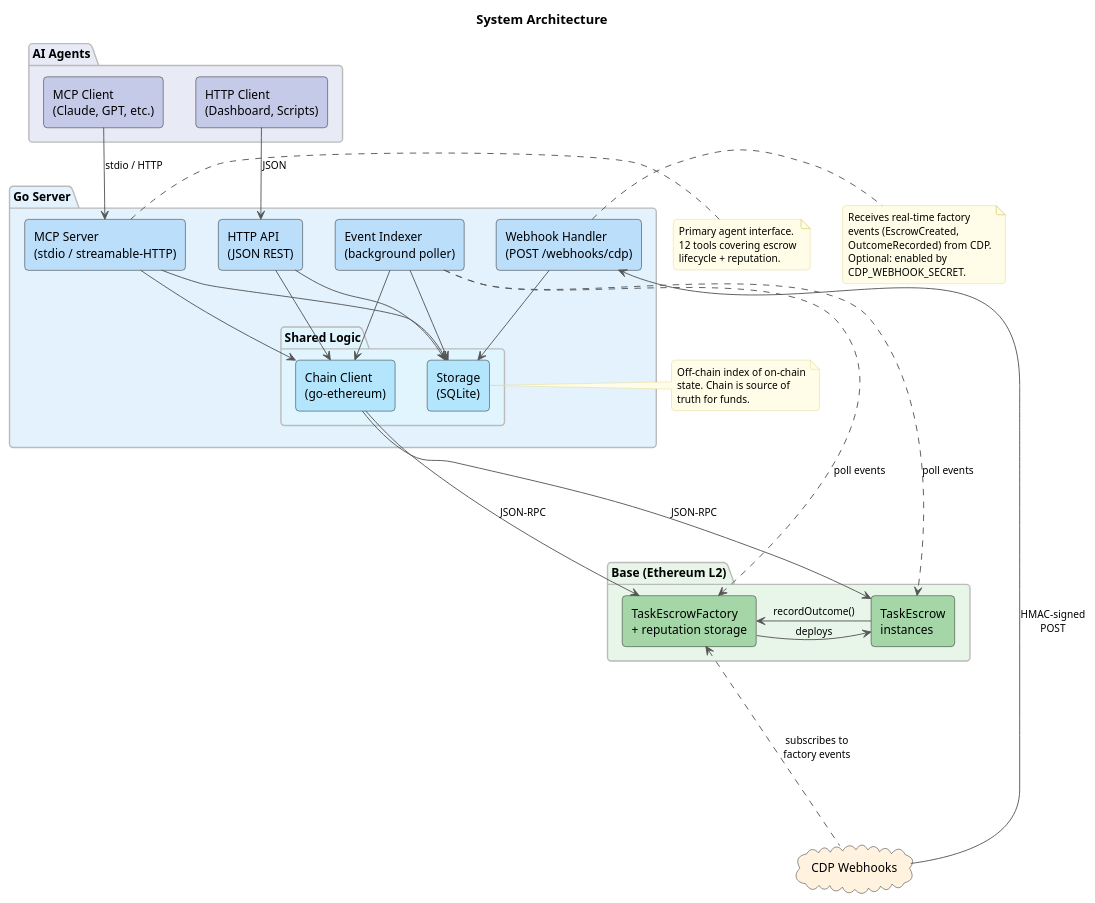
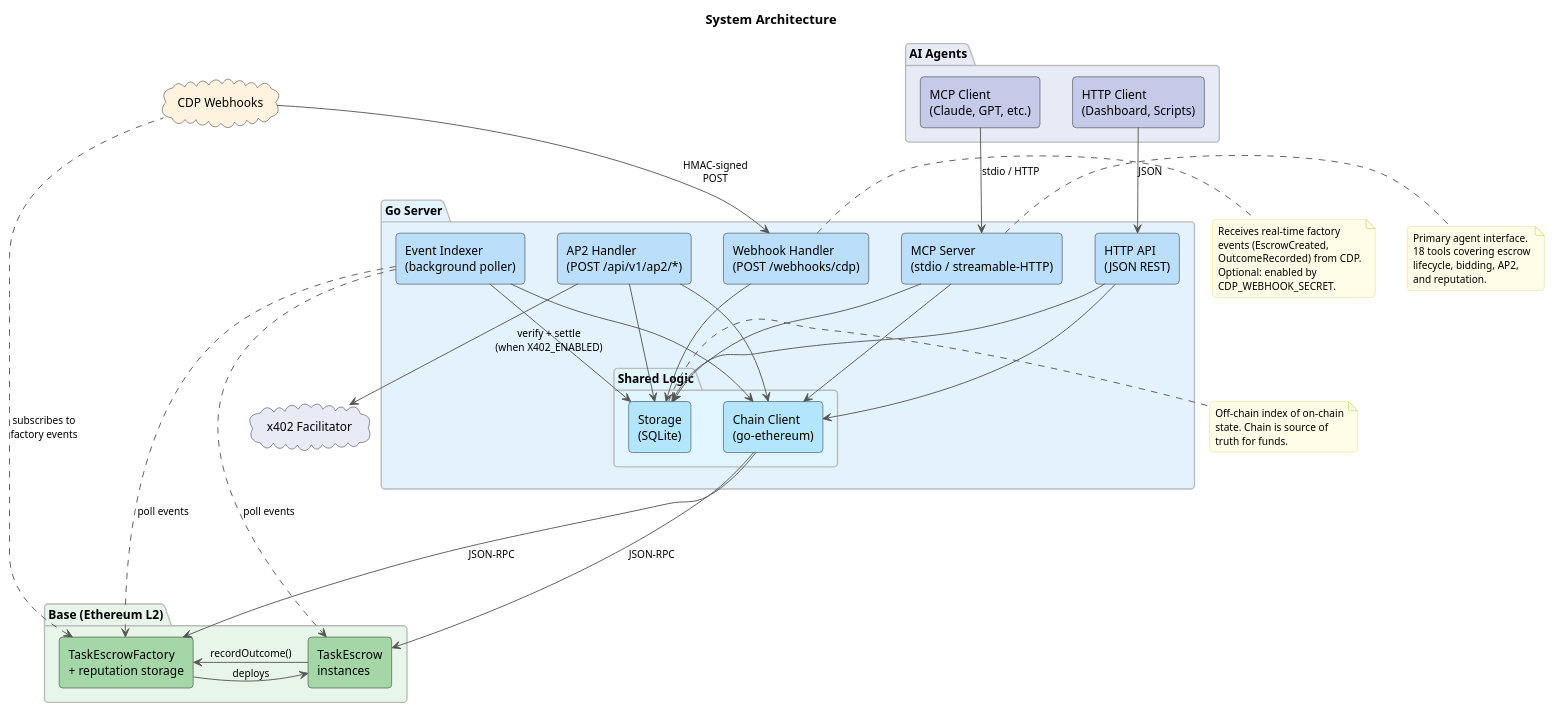
The diagram in docs/diagrams/architecture.puml (eddiefleurent/agent-escrow), drawn with PlantUML before and after one commit. The commit also changed 31 other files, not shown here.

```diff
--- a/docs/diagrams/architecture.puml
+++ b/docs/diagrams/architecture.puml
@@ -1,89 +1,96 @@
 @startuml architecture
 skinparam backgroundColor #FFFFFF
 skinparam componentStyle rectangle
 skinparam defaultFontName "Helvetica"
 skinparam defaultFontSize 13
 skinparam shadowing false
 skinparam roundCorner 8
 skinparam ArrowColor #555555
 skinparam ArrowFontSize 11
 
 skinparam package {
   BorderColor #BBBBBB
   FontStyle bold
 }
 
 skinparam note {
   BackgroundColor #FFFDE7
   BorderColor #E0D68A
   FontSize 11
 }
 
 title System Architecture
 
 package "AI Agents" as agents #E8EAF6 {
   [MCP Client\n(Claude, GPT, etc.)] as mcp_client #C5CAE9
   [HTTP Client\n(Dashboard, Scripts)] as http_client #C5CAE9
 }
 
 package "Go Server" as server #E3F2FD {
   [MCP Server\n(stdio / streamable-HTTP)] as mcp_server #BBDEFB
   [HTTP API\n(JSON REST)] as http_api #BBDEFB
   [Webhook Handler\n(POST /webhooks/cdp)] as webhook #BBDEFB
   [Event Indexer\n(background poller)] as indexer #BBDEFB
+  [AP2 Handler\n(POST /api/v1/ap2/*)] as ap2 #BBDEFB
 
   package "Shared Logic" as shared #E1F5FE {
     [Chain Client\n(go-ethereum)] as chain_client #B3E5FC
     [Storage\n(SQLite)] as storage #B3E5FC
   }
 
   mcp_server -down-> chain_client
   mcp_server -down-> storage
   http_api -down-> chain_client
   http_api -down-> storage
+  ap2 -down-> chain_client
+  ap2 -down-> storage
   webhook -down-> storage
   indexer -down-> chain_client
   indexer -down-> storage
 }
+
+cloud "x402 Facilitator" as x402 #E8EAF6
+ap2 -down-> x402 : verify + settle\n(when X402_ENABLED)
 
 package "Base (Ethereum L2)" as chain #E8F5E9 {
   [TaskEscrowFactory\n+ reputation storage] as factory #A5D6A7
   [TaskEscrow\ninstances] as escrow #A5D6A7
   factory -right-> escrow : deploys
   escrow -left-> factory : recordOutcome()
 }
 
 cloud "CDP Webhooks" as cdp #FFF3E0
 
 mcp_client -down-> mcp_server : stdio / HTTP
 http_client -down-> http_api : JSON
 
 chain_client -down-> factory : JSON-RPC
 chain_client -down-> escrow : JSON-RPC
 indexer ..down..> factory : poll events
 indexer ..down..> escrow : poll events
 
 cdp -down-> webhook : HMAC-signed\nPOST
 cdp ..up..> factory : subscribes to\nfactory events
 
 note right of mcp_server
   Primary agent interface.
-  12 tools covering escrow
-  lifecycle + reputation.
+  18 tools covering escrow
+  lifecycle, bidding, AP2,
+  and reputation.
 end note
 
 note right of webhook
   Receives real-time factory
   events (EscrowCreated,
   OutcomeRecorded) from CDP.
   Optional: enabled by
   CDP_WEBHOOK_SECRET.
 end note
 
 note right of storage
   Off-chain index of on-chain
   state. Chain is source of
   truth for funds.
 end note
 
 @enduml
```
